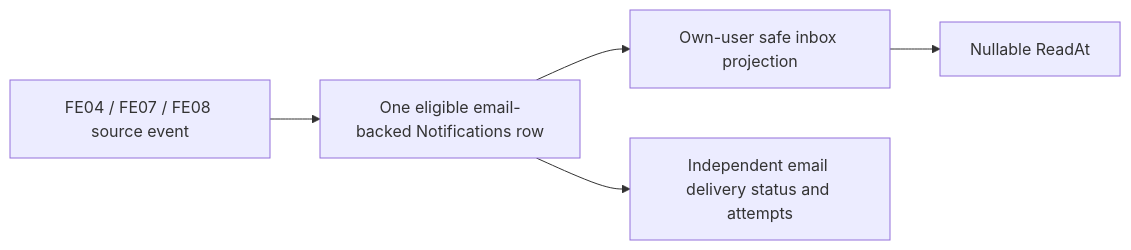
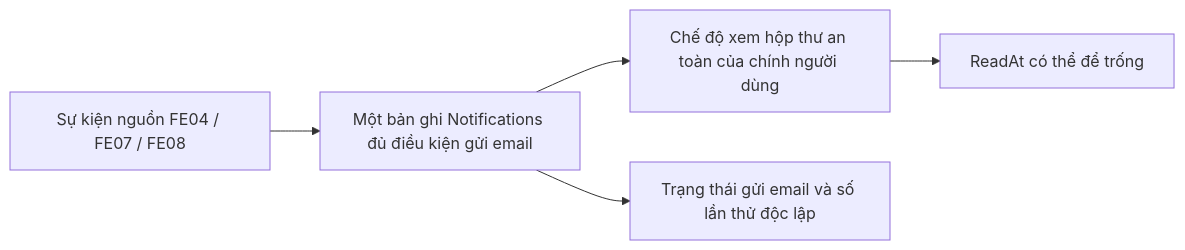
One commit to SWP391-LibraryManagement/LibraryManagement changed the second of 4 diagrams in docs/architecture/system-architecture.md. Above: the diagram before and after it, drawn with Mermaid. The commit also changed other lines of this file and 9 other files, not shown here.

````diff
--- a/docs/architecture/system-architecture.md
+++ b/docs/architecture/system-architecture.md
@@ -45,7 +45,7 @@
 ```mermaid
 flowchart LR
-  S["FE04 / FE07 / FE08 source event"] --> E["One eligible email-backed Notifications row"]
-  E --> P["Own-user safe inbox projection"]
-  P --> R["Nullable ReadAt"]
-  E --> Q["Independent email delivery status and attempts"]
+  S["Sự kiện nguồn FE04 / FE07 / FE08"] --> E["Một bản ghi Notifications đủ điều kiện gửi email"]
+  E --> P["Chế độ xem hộp thư an toàn của chính người dùng"]
+  P --> R["ReadAt có thể để trống"]
+  E --> Q["Trạng thái gửi email và số lần thử độc lập"]
 ```
````
